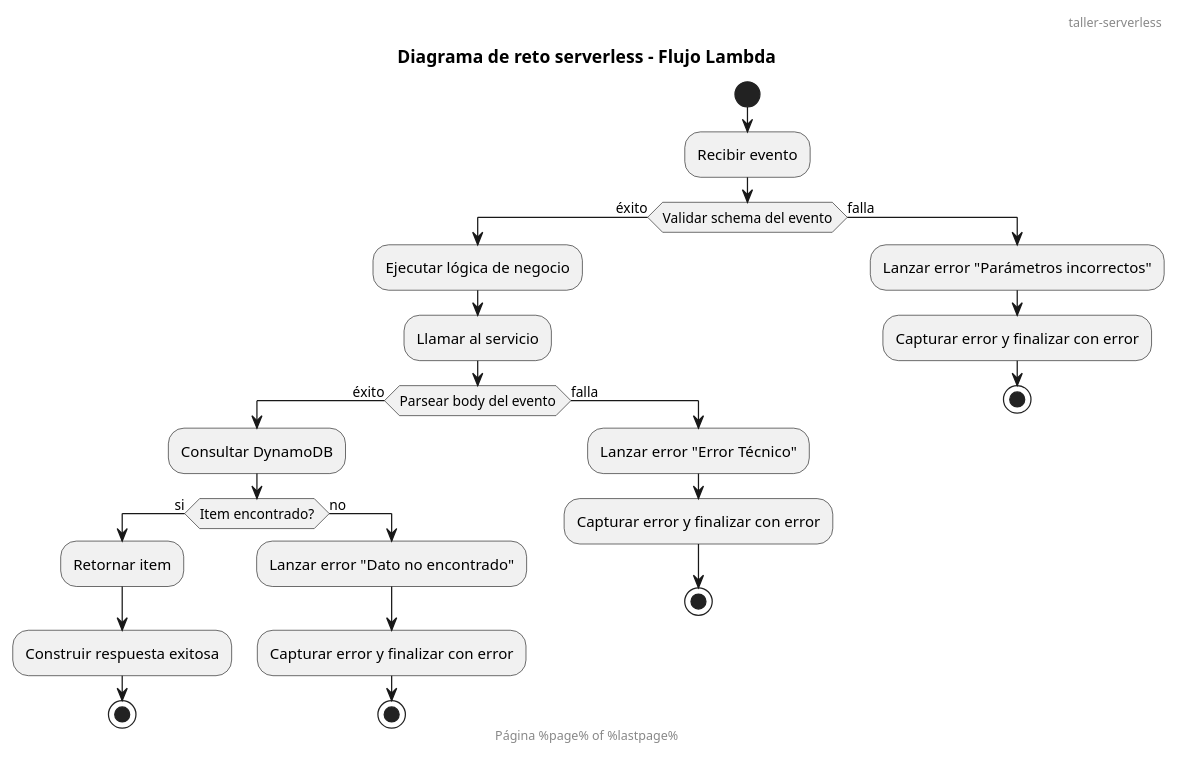
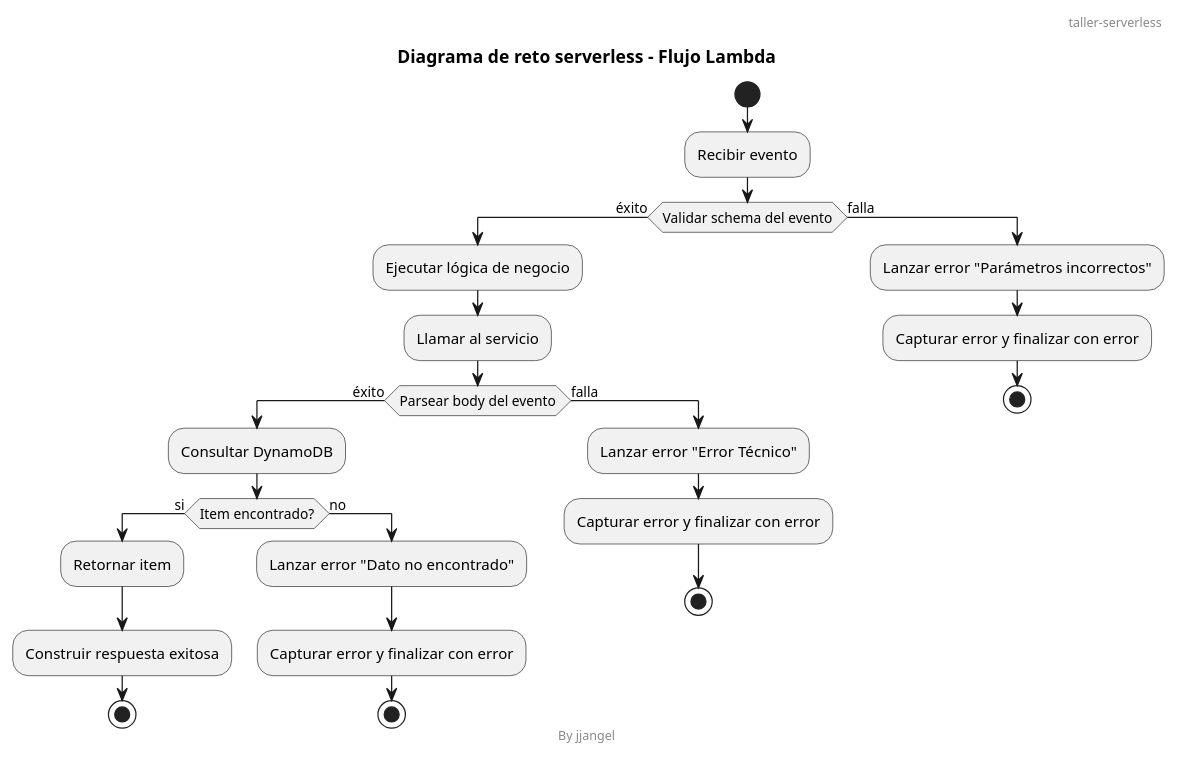
One commit to John-Alz/serverless-lambda changed the diagram in diagrams/taller-serverless-diagram.puml. Above: the diagram before and after it, drawn with PlantUML.

Commit message:
fix: footer diagram

```diff
--- a/diagrams/taller-serverless-diagram.puml
+++ b/diagrams/taller-serverless-diagram.puml
@@ -1,35 +1,35 @@
 @startuml taller serverless
 header taller-serverless
-footer Página %page% of %lastpage%
+footer By jjangel
 title Diagrama de reto serverless - Flujo Lambda
 
 start
 
 :Recibir evento;
 
 if (Validar schema del evento) then (éxito)
   :Ejecutar lógica de negocio;
   :Llamar al servicio;
   if (Parsear body del evento) then (éxito)
     :Consultar DynamoDB;
     if (Item encontrado?) then (si)
       :Retornar item;
       :Construir respuesta exitosa;
       stop
     else (no)
       :Lanzar error "Dato no encontrado";
       :Capturar error y finalizar con error;
       stop
     endif
   else (falla)
     :Lanzar error "Error Técnico";
     :Capturar error y finalizar con error;
     stop
   endif
 else (falla)
   :Lanzar error "Parámetros incorrectos";
   :Capturar error y finalizar con error;
   stop
 endif
 
 @enduml
```
